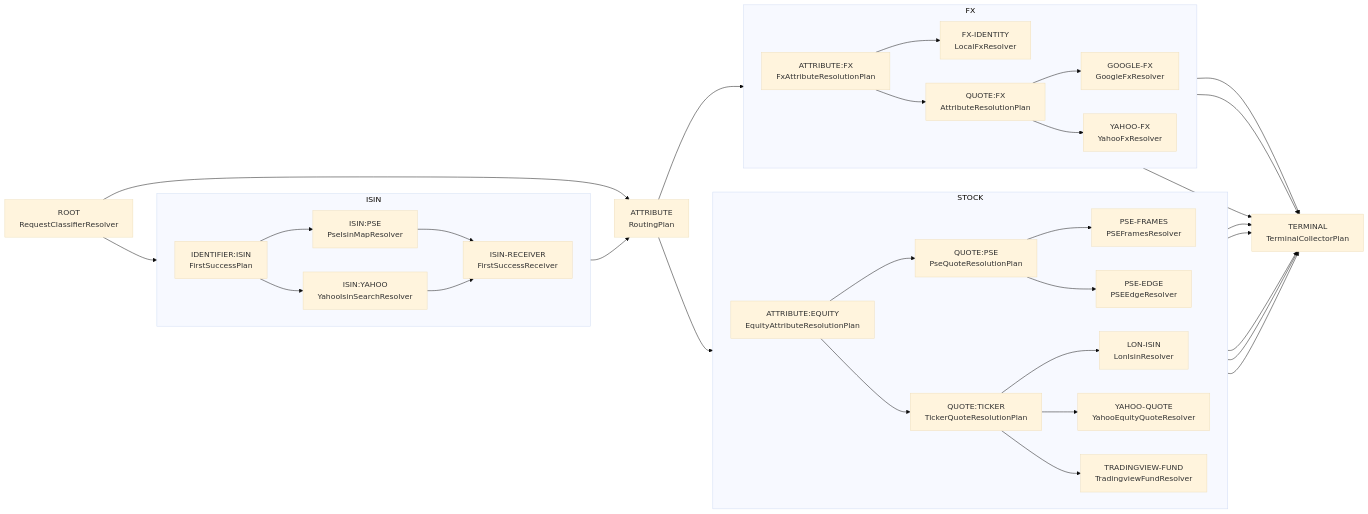
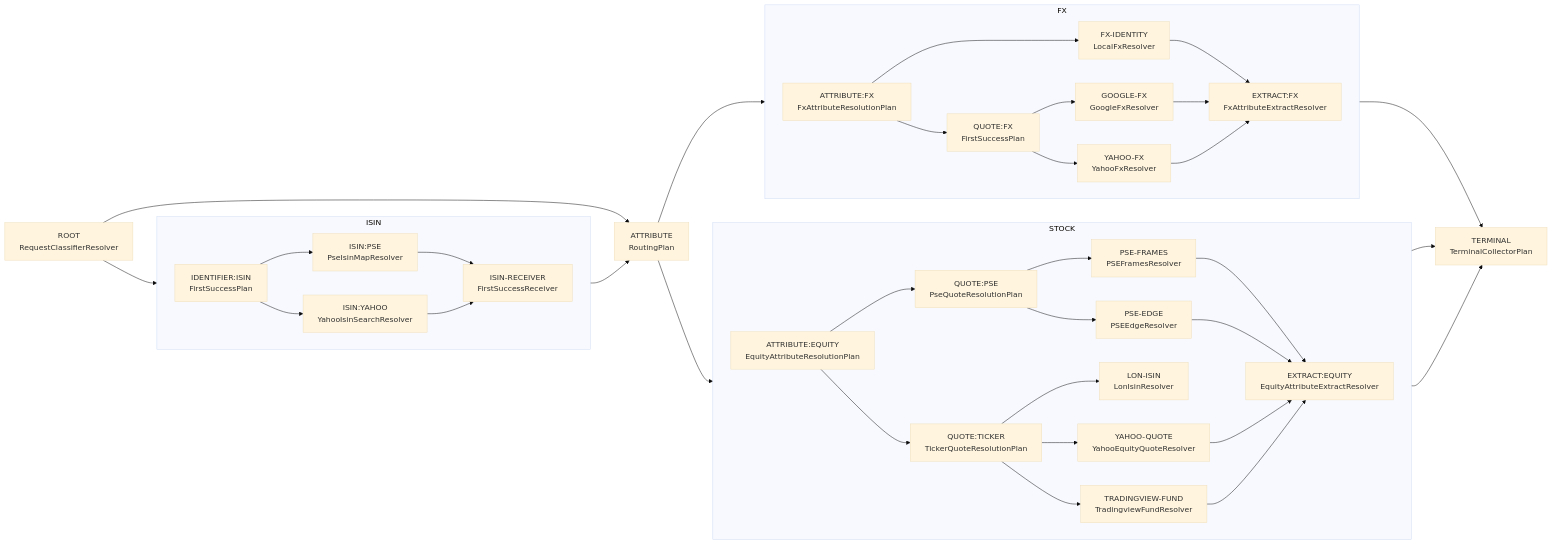
The diagram in docs/design/routing/graph-driven-execution.md (omry/hoodlefinance), drawn with Mermaid (base theme) before and after one commit.

Commit message:
updated graph

````diff
--- a/docs/design/routing/graph-driven-execution.md
+++ b/docs/design/routing/graph-driven-execution.md
@@ -117,60 +117,64 @@
 ```mermaid
 flowchart LR
   N0["ROOT<br/>RequestClassifierResolver"]
   N5["ATTRIBUTE<br/>RoutingPlan"]
-  N18["TERMINAL<br/>TerminalCollectorPlan"]
+  N21["TERMINAL<br/>TerminalCollectorPlan"]
   subgraph N1SG["ISIN"]
     direction LR
     N1["IDENTIFIER:ISIN<br/>FirstSuccessPlan"]
     N2["ISIN:PSE<br/>PseIsinMapResolver"]
     N3["ISIN:YAHOO<br/>YahooIsinSearchResolver"]
     N4["ISIN-RECEIVER<br/>FirstSuccessReceiver"]
   end
   subgraph N6SG["STOCK"]
     direction LR
     N6["ATTRIBUTE:EQUITY<br/>EquityAttributeResolutionPlan"]
     N8["QUOTE:PSE<br/>PseQuoteResolutionPlan"]
     N9["QUOTE:TICKER<br/>TickerQuoteResolutionPlan"]
     N12["PSE-FRAMES<br/>PSEFramesResolver"]
     N13["PSE-EDGE<br/>PSEEdgeResolver"]
-    N14["YAHOO-QUOTE<br/>YahooEquityQuoteResolver"]
-    N15["TRADINGVIEW-FUND<br/>TradingviewFundResolver"]
-    N19["LON-ISIN<br/>LonIsinResolver"]
+    N14["LON-ISIN<br/>LonIsinResolver"]
+    N15["YAHOO-QUOTE<br/>YahooEquityQuoteResolver"]
+    N16["TRADINGVIEW-FUND<br/>TradingviewFundResolver"]
+    N19["EXTRACT:EQUITY<br/>EquityAttributeExtractResolver"]
   end
   subgraph N7SG["FX"]
     direction LR
     N7["ATTRIBUTE:FX<br/>FxAttributeResolutionPlan"]
     N10["FX-IDENTITY<br/>LocalFxResolver"]
-    N11["QUOTE:FX<br/>AttributeResolutionPlan"]
-    N16["GOOGLE-FX<br/>GoogleFxResolver"]
-    N17["YAHOO-FX<br/>YahooFxResolver"]
+    N11["QUOTE:FX<br/>FirstSuccessPlan"]
+    N17["GOOGLE-FX<br/>GoogleFxResolver"]
+    N18["YAHOO-FX<br/>YahooFxResolver"]
+    N20["EXTRACT:FX<br/>FxAttributeExtractResolver"]
   end
   N0 --> N5
   N0 --> N1
   N1 --> N2
   N1 --> N3
   N2 --> N4
   N3 --> N4
   N4 --> N5
   N5 --> N6
   N5 --> N7
   N6 --> N8
   N6 --> N9
   N7 --> N10
   N7 --> N11
   N8 --> N12
   N8 --> N13
-  N9 --> N19
   N9 --> N14
   N9 --> N15
-  N10 --> N18
-  N11 --> N16
+  N9 --> N16
+  N10 --> N20
   N11 --> N17
-  N12 --> N18
-  N13 --> N18
-  N14 --> N18
-  N15 --> N18
-  N19 --> N18
-  N16 --> N18
-  N17 --> N18
+  N11 --> N18
+  N12 --> N19
+  N13 --> N19
+  N14 --> N21
+  N15 --> N19
+  N16 --> N19
+  N17 --> N20
+  N18 --> N20
+  N19 --> N21
+  N20 --> N21
 ```
````
